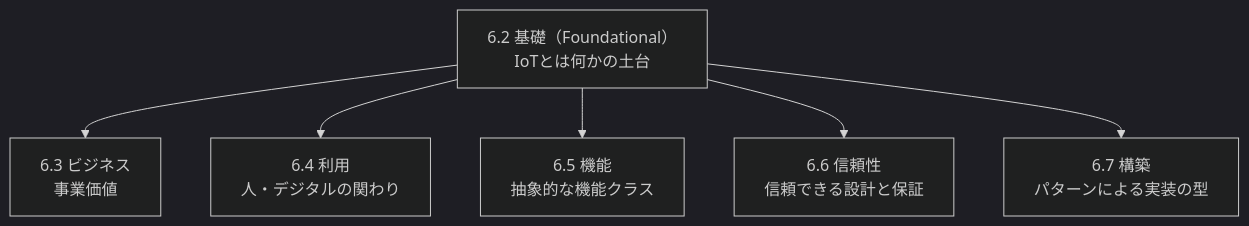
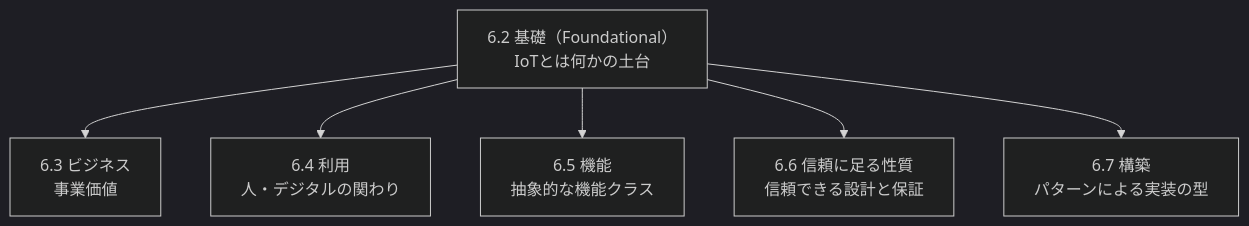
The seventh of 11 diagrams in Iso-iec-30141-2024-guide.md (myoshi2891/Quality-Assurance-Studies), drawn with Mermaid (dark theme) before and after one commit. The commit also changed other lines of this file, not shown here.

Commit message:
docs(iso-30141): translate Trustworthiness as 信頼に足る性質 and keep 信頼性 for Reliability

````diff
--- a/Iso-iec-30141-2024-guide.md
+++ b/Iso-iec-30141-2024-guide.md
@@ -266,9 +266,9 @@
 ```mermaid
 flowchart TB
   F["6.2 基礎（Foundational）<br/>IoTとは何かの土台"]
   F --> B["6.3 ビジネス<br/>事業価値"]
   F --> U["6.4 利用<br/>人・デジタルの関わり"]
   F --> FN["6.5 機能<br/>抽象的な機能クラス"]
-  F --> T["6.6 信頼性<br/>信頼できる設計と保証"]
+  F --> T["6.6 信頼に足る性質<br/>信頼できる設計と保証"]
   F --> C["6.7 構築<br/>パターンによる実装の型"]
 ```
````
